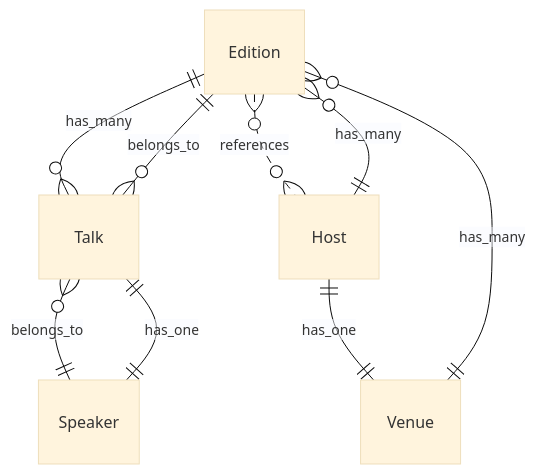
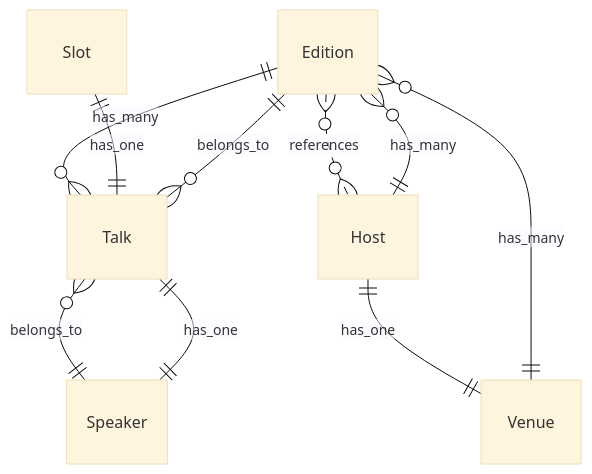
Before and after one commit to webgrip/twente.dev: the diagram in docs/domain/overview.md, drawn with Mermaid (base theme). The commit also changed 10 other files, not shown here.

````diff
--- a/docs/domain/overview.md
+++ b/docs/domain/overview.md
@@ -14,16 +14,18 @@
 ```mermaid
 erDiagram
     Edition {}
     Talk {}
     Host {}
     Venue {}
+    Slot {}
     Speaker {}
     Edition ||--o{ Talk : has_many
     Edition }o..o{ Host : references
     Talk }o--|| Speaker : belongs_to
     Talk }o--|| Edition : belongs_to
     Host ||--o{ Edition : has_many
     Host ||--|| Venue : has_one
     Venue ||--o{ Edition : has_many
+    Slot ||--|| Talk : has_one
     Speaker ||--|| Talk : has_one
 ```
````
